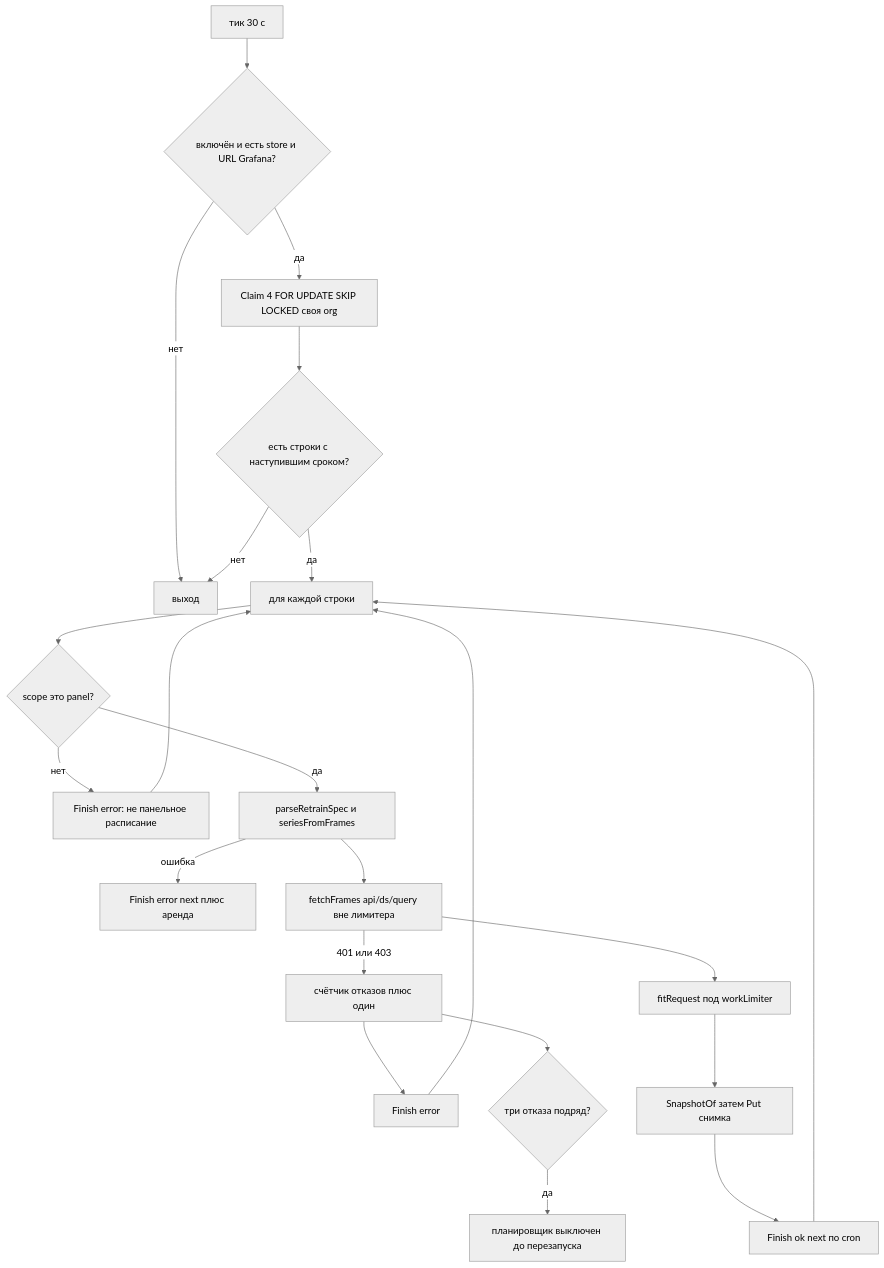
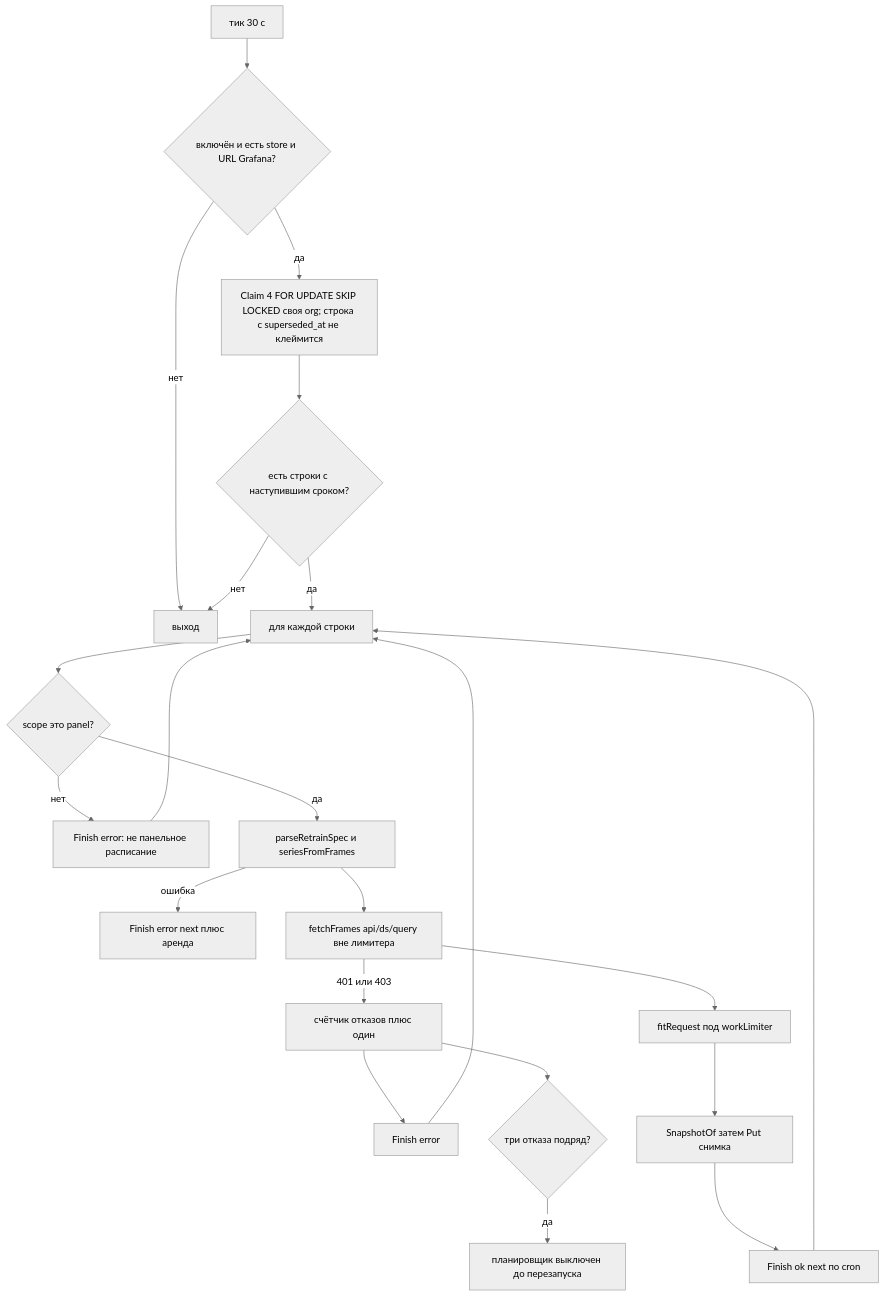
Before and after one commit to eduard-kolotushin/timeseries-grafana: the first of 2 diagrams in diagrams/13-retrain-scheduler.md, drawn with Mermaid (neutral theme). The commit also changed other lines of this file and 46 other files, not shown here.

````diff
--- a/diagrams/13-retrain-scheduler.md
+++ b/diagrams/13-retrain-scheduler.md
@@ -35,24 +35,24 @@
 ```mermaid
 flowchart TD
   T["тик 30 с"] --> On{"включён и есть store и URL Grafana?"}
   On -->|нет| Off["выход"]
-  On -->|да| Claim["Claim 4 FOR UPDATE SKIP LOCKED своя org"]
+  On -->|да| Claim["Claim 4 FOR UPDATE SKIP LOCKED своя org; строка с superseded_at не клеймится"]
   Claim --> Any{"есть строки с наступившим сроком?"}
   Any -->|нет| Off
   Any -->|да| Loop["для каждой строки"]
   Loop --> Scope{"scope это panel?"}
   Scope -->|нет| Fin0["Finish error: не панельное расписание"]
   Scope -->|да| Parse["parseRetrainSpec и seriesFromFrames"]
   Parse -->|ошибка| Fin1["Finish error next плюс аренда"]
   Parse --> Fetch["fetchFrames api/ds/query вне лимитера"]
   Fetch -->|401 или 403| Auth["счётчик отказов плюс один"]
   Auth --> Fin2["Finish error"]
   Fetch --> Fit["fitRequest под workLimiter"]
   Fit --> Snap["SnapshotOf затем Put снимка"]
   Snap --> Fin3["Finish ok next по cron"]
   Fin3 --> Loop
   Fin2 --> Loop
   Fin0 --> Loop
   Auth --> Dis{"три отказа подряд?"}
   Dis -->|да| Stop["планировщик выключен до перезапуска"]
 ```
````
